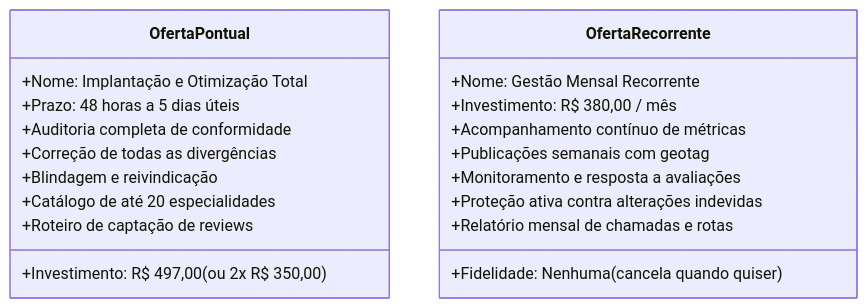
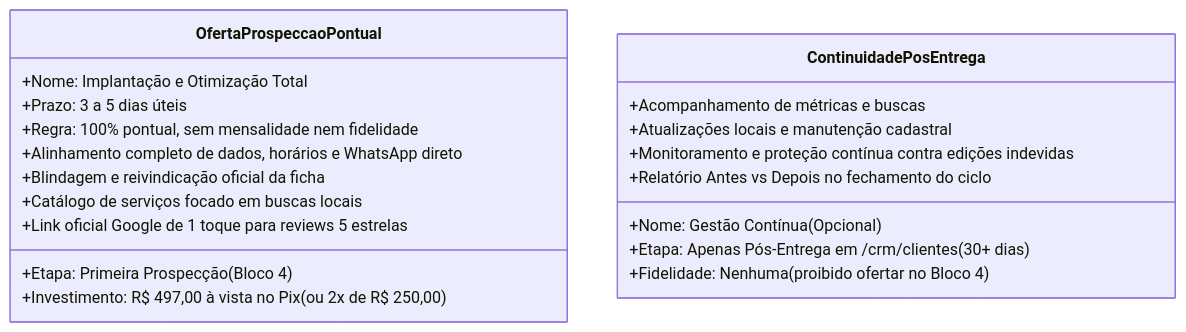
Before and after one commit to leoferrazdev/leonardo-brasil: the second of 2 diagrams in cofre-leonardo-brasil/30 - Comercial e CRM/01 - Método e Oferta/O Framework dos 3 Pilares da Oferta.md, drawn with Mermaid. The commit also changed other lines of this file and 10 other files, not shown here.

Commit message:
feat(crm): reescreve Bloco 4 dos 52 leads para oferta pontual exclusiva R$ 497

````diff
--- a/cofre-leonardo-brasil/30 - Comercial e CRM/01 - Método e Oferta/O Framework dos 3 Pilares da Oferta.md
+++ b/cofre-leonardo-brasil/30 - Comercial e CRM/01 - Método e Oferta/O Framework dos 3 Pilares da Oferta.md
@@ -74,23 +74,23 @@
 ```mermaid
 classDiagram
-    class OfertaPontual {
+    class OfertaProspeccaoPontual {
         +Nome: Implantação e Otimização Total
-        +Prazo: 48 horas a 5 dias úteis
-        +Investimento: R$ 497,00 (ou 2x R$ 350,00)
-        +Auditoria completa de conformidade
-        +Correção de todas as divergências
-        +Blindagem e reivindicação
-        +Catálogo de até 20 especialidades
-        +Roteiro de captação de reviews
+        +Etapa: Primeira Prospecção (Bloco 4)
+        +Prazo: 3 a 5 dias úteis
+        +Investimento: R$ 497,00 à vista no Pix (ou 2x de R$ 250,00)
+        +Regra: 100% pontual, sem mensalidade nem fidelidade
+        +Alinhamento completo de dados, horários e WhatsApp direto
+        +Blindagem e reivindicação oficial da ficha
+        +Catálogo de serviços focado em buscas locais
+        +Link oficial Google de 1 toque para reviews 5 estrelas
     }
-    class OfertaRecorrente {
-        +Nome: Gestão Mensal Recorrente
-        +Fidelidade: Nenhuma (cancela quando quiser)
-        +Investimento: R$ 380,00 / mês
-        +Acompanhamento contínuo de métricas
-        +Publicações semanais com geotag
-        +Monitoramento e resposta a avaliações
-        +Proteção ativa contra alterações indevidas
-        +Relatório mensal de chamadas e rotas
+    class ContinuidadePosEntrega {
+        +Nome: Gestão Contínua (Opcional)
+        +Etapa: Apenas Pós-Entrega em /crm/clientes (30+ dias)
+        +Fidelidade: Nenhuma (proibido ofertar no Bloco 4)
+        +Acompanhamento de métricas e buscas
+        +Atualizações locais e manutenção cadastral
+        +Monitoramento e proteção contínua contra edições indevidas
+        +Relatório Antes vs Depois no fechamento do ciclo
     }
 ```
````
